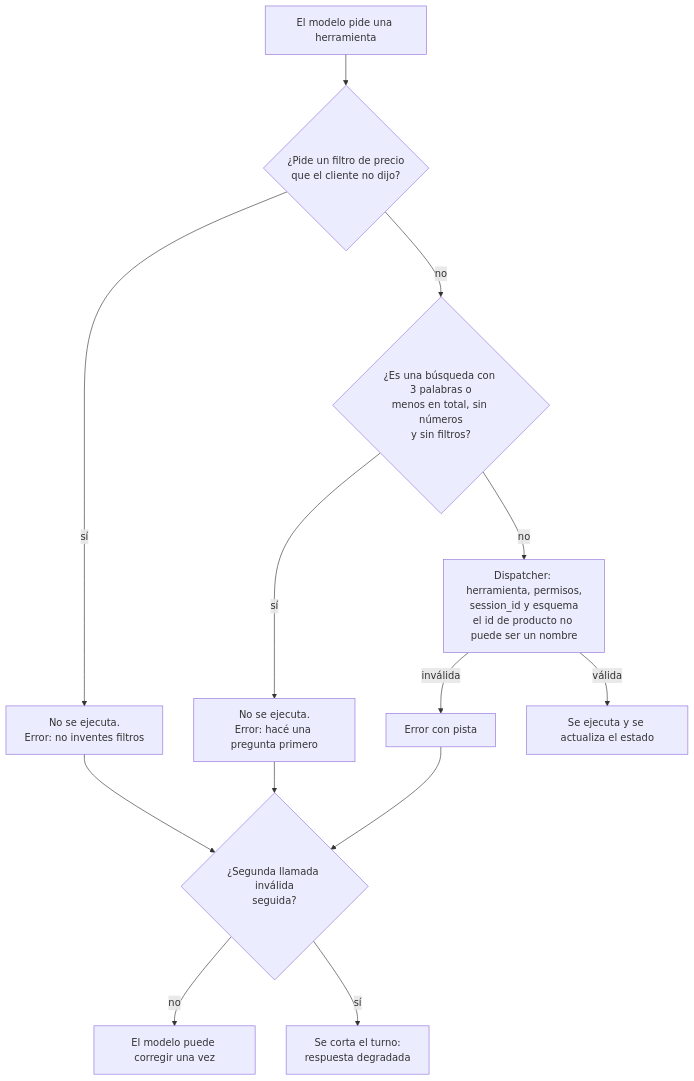
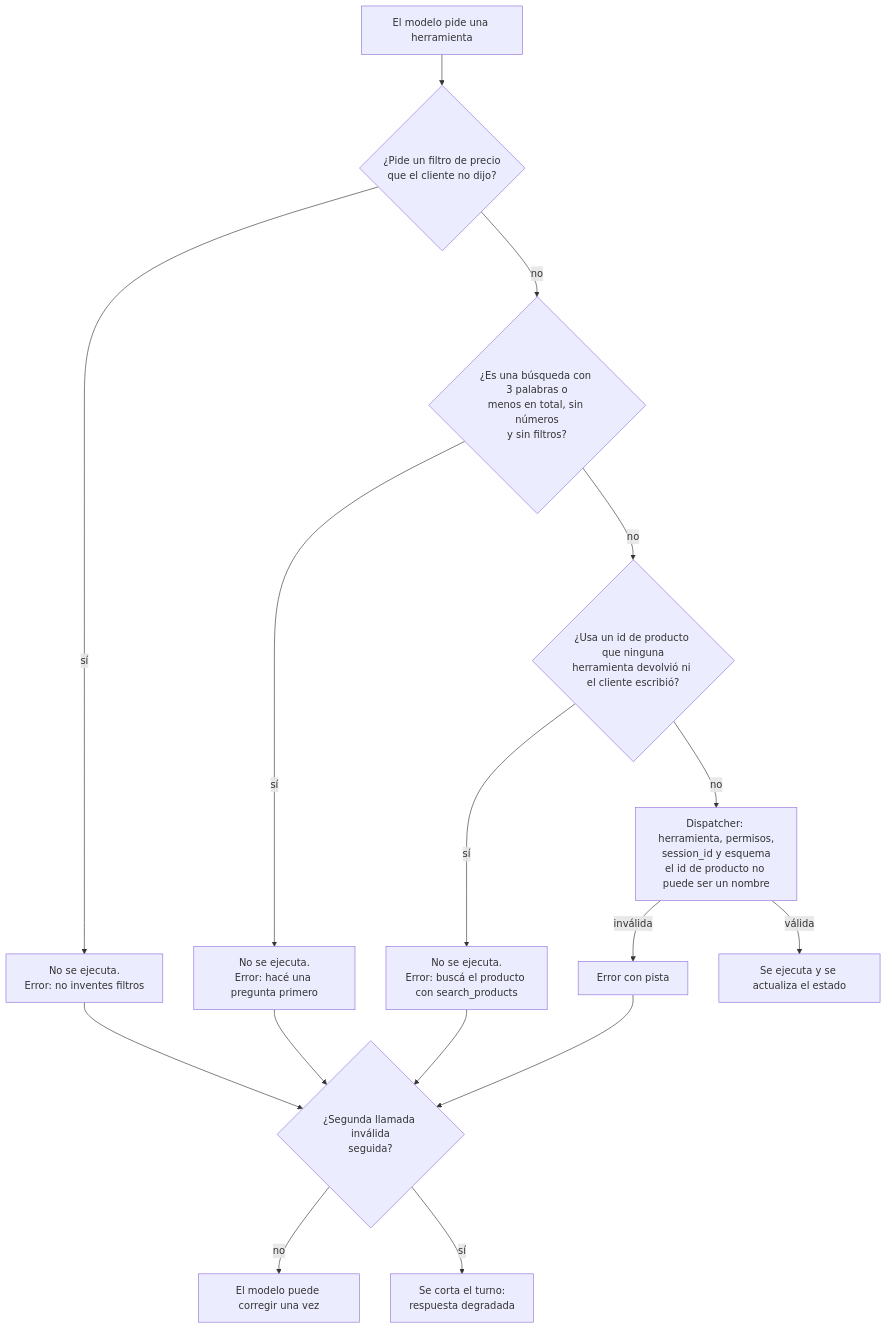
Before and after one commit to Saikus08/mercanova-ai-assistant: the second of 4 diagrams in docs/diagrams/agent-flow.md, drawn with Mermaid. The commit also changed 7 other files, not shown here.

````diff
--- a/docs/diagrams/agent-flow.md
+++ b/docs/diagrams/agent-flow.md
@@ -43,15 +43,18 @@
 ```mermaid
 flowchart TD
     A[El modelo pide una herramienta] --> B{¿Pide un filtro de precio<br/>que el cliente no dijo?}
     B -- sí --> X1[No se ejecuta.<br/>Error: no inventes filtros]
     B -- no --> C{¿Es una búsqueda con 3 palabras o<br/>menos en total, sin números<br/>y sin filtros?}
     C -- sí --> X2[No se ejecuta.<br/>Error: hacé una pregunta primero]
-    C -- no --> D[Dispatcher: herramienta, permisos,<br/>session_id y esquema<br/>el id de producto no puede ser un nombre]
+    C -- no --> C2{¿Usa un id de producto que ninguna<br/>herramienta devolvió ni el cliente escribió?}
+    C2 -- sí --> X4[No se ejecuta.<br/>Error: buscá el producto con search_products]
+    C2 -- no --> D[Dispatcher: herramienta, permisos,<br/>session_id y esquema<br/>el id de producto no puede ser un nombre]
     D -- inválida --> X3[Error con pista]
     D -- válida --> E[Se ejecuta y se actualiza el estado]
     X1 --> R{¿Segunda llamada inválida<br/>seguida?}
     X2 --> R
     X3 --> R
+    X4 --> R
     R -- no --> S[El modelo puede corregir una vez]
     R -- sí --> T[Se corta el turno:<br/>respuesta degradada]
 ```
````
